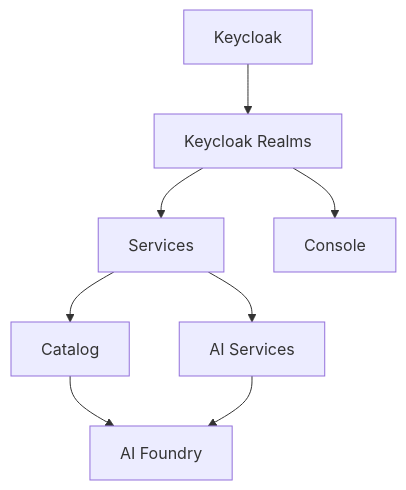
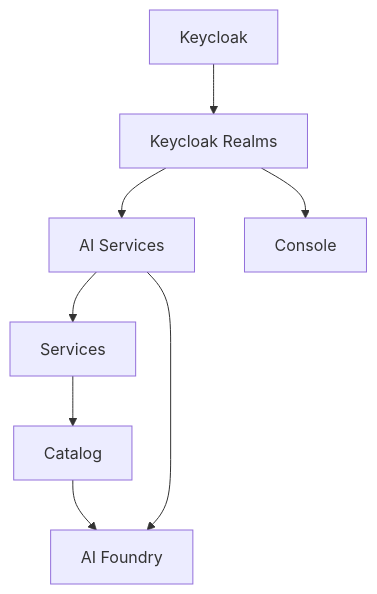
Before and after one commit to mia-platform/on-prem-charts: the diagram in docs/10-overview.md, drawn with Mermaid. The commit also changed other lines of this file and 17 other files, not shown here.

````diff
--- a/docs/10-overview.md
+++ b/docs/10-overview.md
@@ -24,10 +23,10 @@
 ```mermaid
 flowchart TD
     A[Keycloak] --> B[Keycloak Realms]
-    B --> C[Services]
+    B --> G[AI Services]
+    G --> C[Services]
     C --> D[Catalog]
-    C --> G[AI Services]
     D --> E[AI Foundry]
     G --> E
     B --> F[Console]
 ```
````
